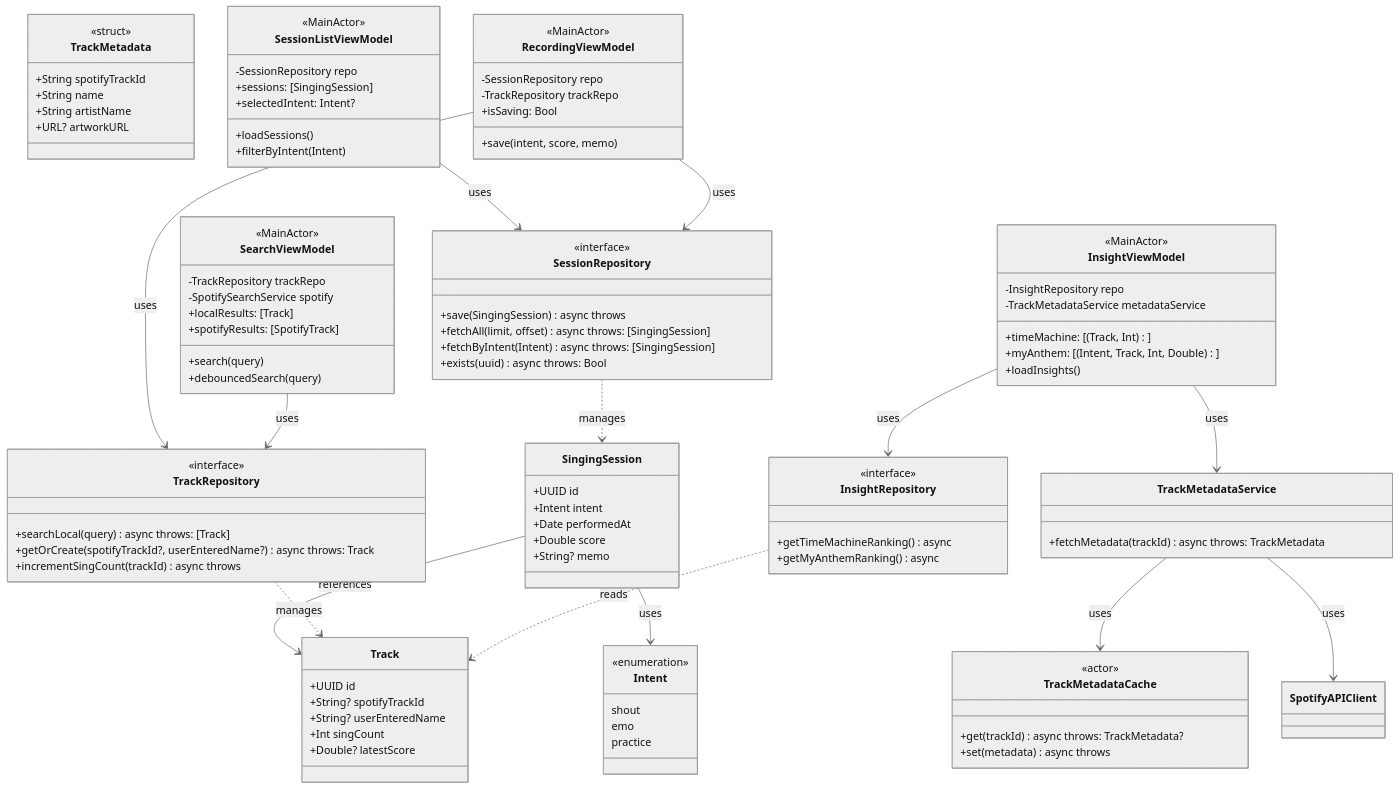
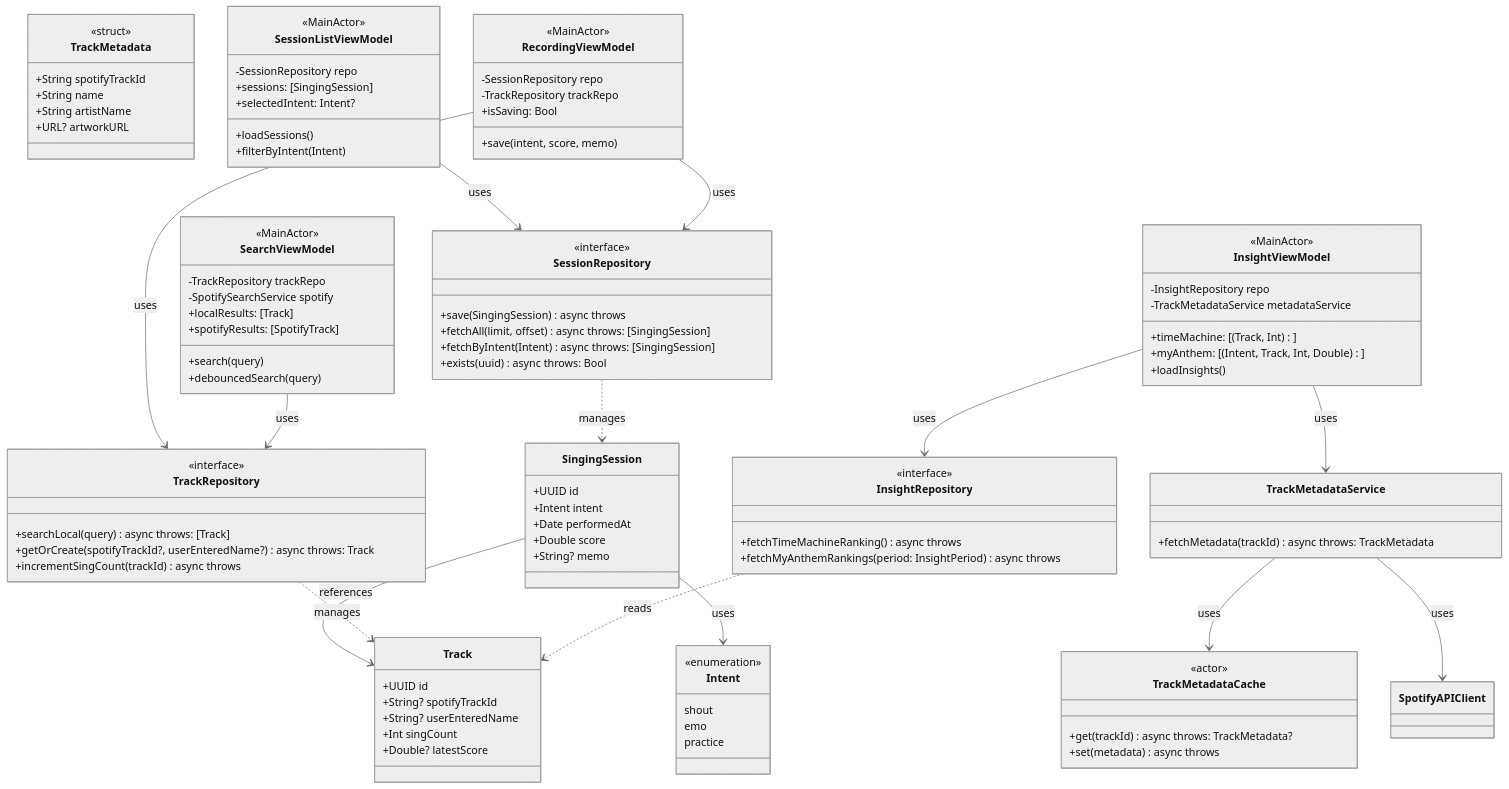
One commit to omomi-moti/Karaoke_support changed the fifth of 7 diagrams in docs/detailed_design.md. Above: the diagram before and after it, drawn with Mermaid (neutral theme). The commit also changed other lines of this file, not shown here.

Commit message:
docs: InsightRepositoryのAPI名をfetchに更新

```diff
--- a/docs/detailed_design.md
+++ b/docs/detailed_design.md
@@ -191,8 +191,8 @@
 
     class InsightRepository {
         <<interface>>
-        +getTimeMachineRanking() async
-        +getMyAnthemRanking() async
+        +fetchTimeMachineRanking() async throws
+        +fetchMyAnthemRankings(period: InsightPeriod) async throws
     }
 
     class SessionListViewModel {
```
